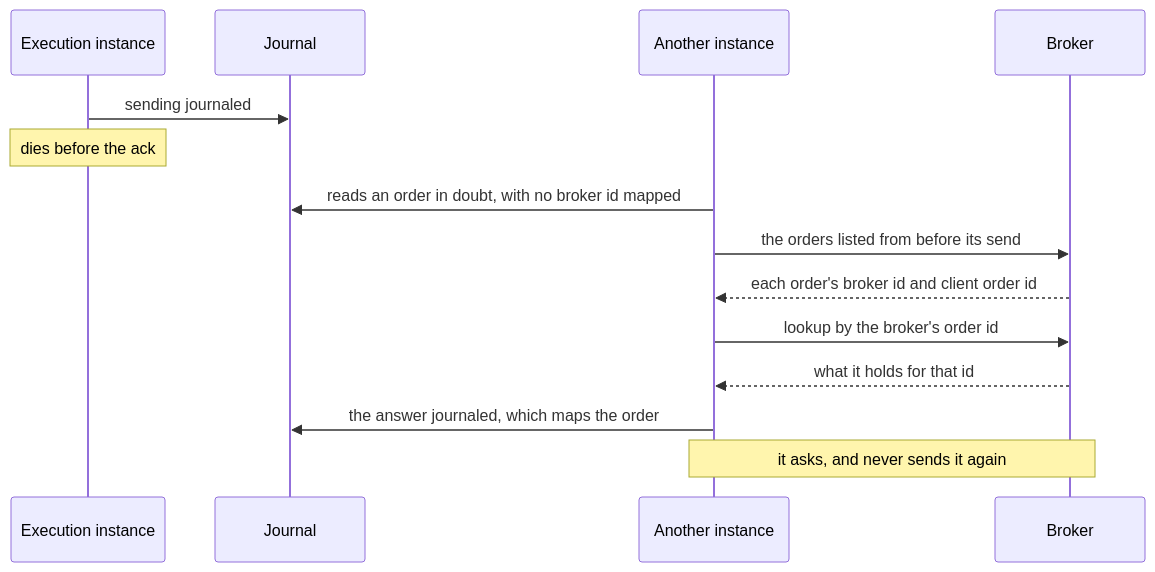
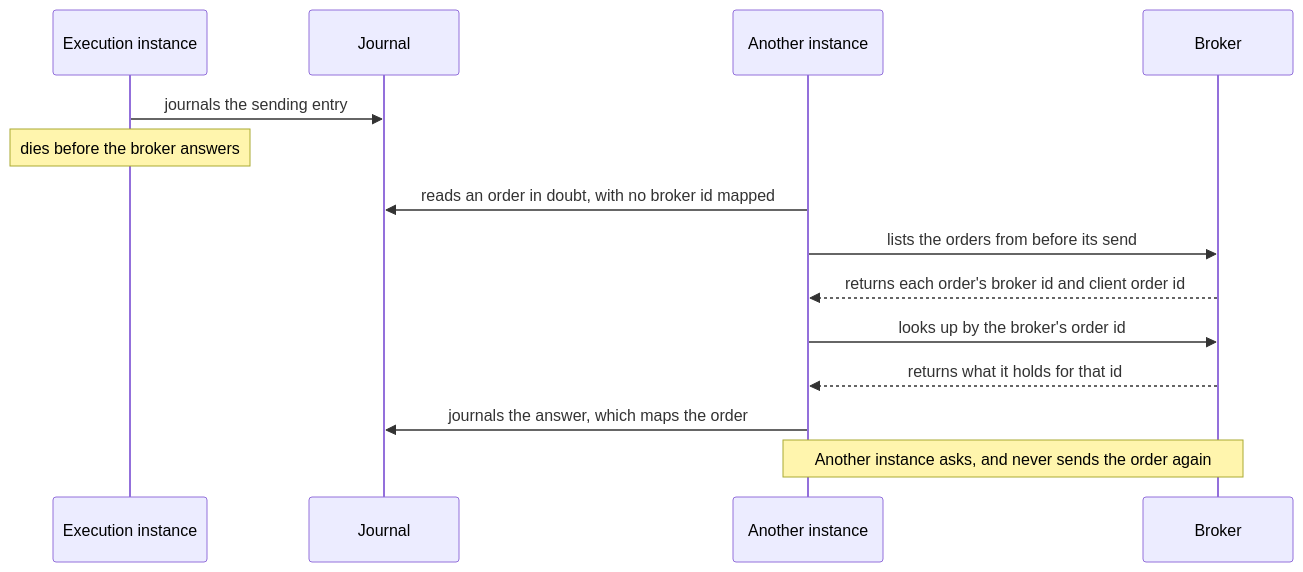
Before and after one commit to l3a0/ithildin-runtime: diagram 20 of 35 in docs/architecture.md, drawn with Mermaid. The commit also changed other lines of this file and 2 other files, not shown here.

First line of the commit message:
docs: restyle the words in the Mermaid diagrams

````diff
--- a/docs/architecture.md
+++ b/docs/architecture.md
@@ -1148,16 +1148,16 @@
 ```mermaid
 sequenceDiagram
     participant X1 as Execution instance
     participant J as Journal
     participant X2 as Another instance
     participant B as Broker
-    X1->>J: sending journaled
-    Note over X1: dies before the ack
+    X1->>J: journals the sending entry
+    Note over X1: dies before the broker answers
     X2->>J: reads an order in doubt, with no broker id mapped
-    X2->>B: the orders listed from before its send
-    B-->>X2: each order's broker id and client order id
-    X2->>B: lookup by the broker's order id
-    B-->>X2: what it holds for that id
-    X2->>J: the answer journaled, which maps the order
-    Note over X2,B: it asks, and never sends it again
+    X2->>B: lists the orders from before its send
+    B-->>X2: returns each order's broker id and client order id
+    X2->>B: looks up by the broker's order id
+    B-->>X2: returns what it holds for that id
+    X2->>J: journals the answer, which maps the order
+    Note over X2,B: Another instance asks, and never sends the order again
 ```
````
